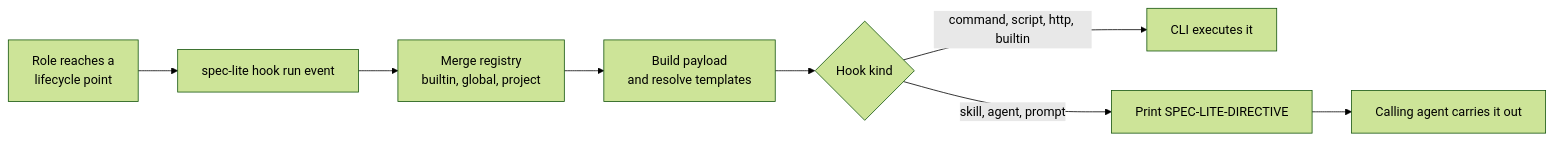
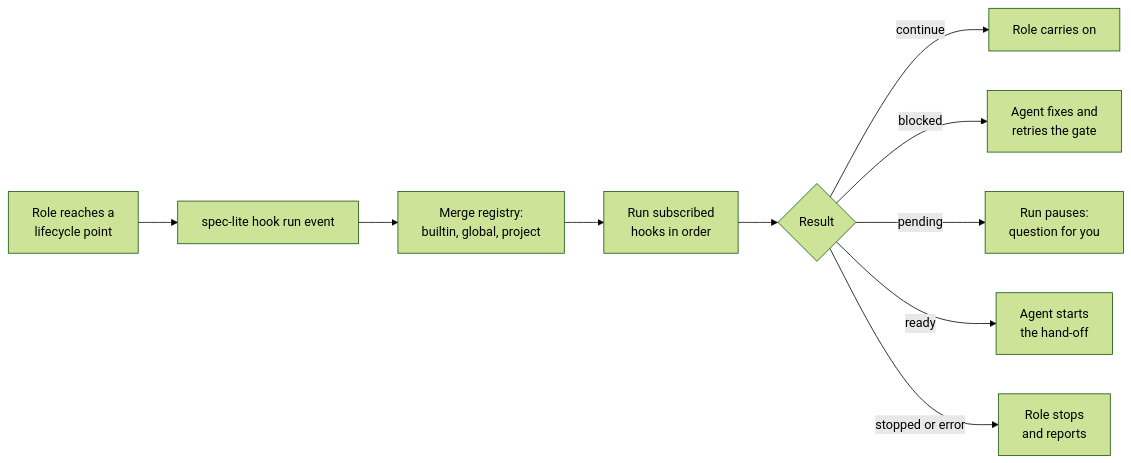
Before and after one commit to abranjith/spec-lite: the diagram in docs/features/hooks.md, drawn with Mermaid (forest theme). The commit also changed other lines of this file and 49 other files, not shown here.

````diff
--- a/docs/features/hooks.md
+++ b/docs/features/hooks.md
@@ -41,10 +54,12 @@
 ```mermaid
 flowchart LR
   R["Role reaches a<br/>lifecycle point"] --> C["spec-lite hook run event"]
-  C --> M["Merge registry<br/>builtin, global, project"]
-  M --> P["Build payload<br/>and resolve templates"]
-  P --> D{"Hook kind"}
-  D -->|command, script, http, builtin| X["CLI executes it"]
-  D -->|skill, agent, prompt| E["Print SPEC-LITE-DIRECTIVE"]
-  E --> A["Calling agent carries it out"]
+  C --> M["Merge registry:<br/>builtin, global, project"]
+  M --> X["Run subscribed<br/>hooks in order"]
+  X --> O{"Result"}
+  O -->|continue| A["Role carries on"]
+  O -->|blocked| F["Agent fixes and<br/>retries the gate"]
+  O -->|pending| Q["Run pauses:<br/>question for you"]
+  O -->|ready| H["Agent starts<br/>the hand-off"]
+  O -->|stopped or error| S["Role stops<br/>and reports"]
 ```
````
